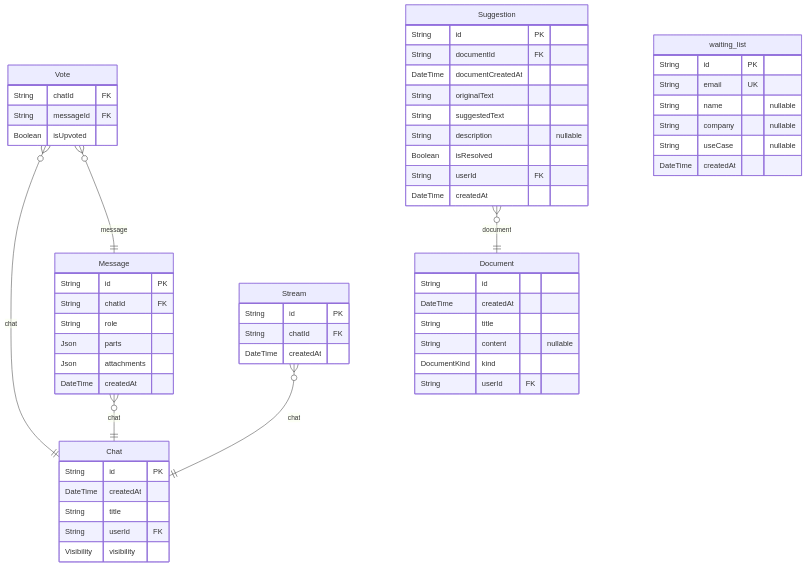
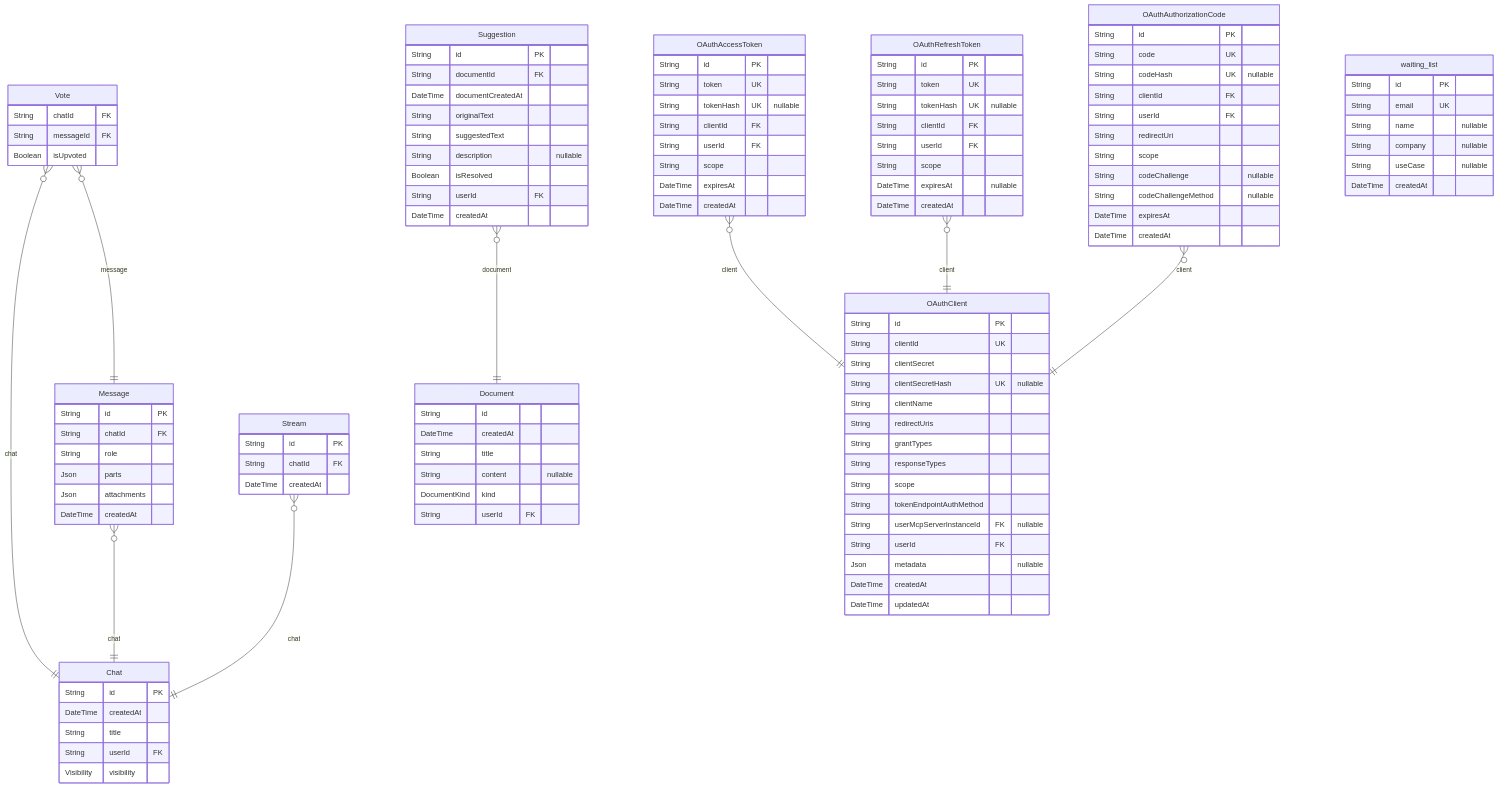
Before and after one commit to rayven122/tumiki: the seventh of 7 diagrams in packages/db/prisma/README.md, drawn with Mermaid. The commit also changed other lines of this file and 9 other files, not shown here.

````diff
--- a/packages/db/prisma/README.md
+++ b/packages/db/prisma/README.md
@@ -878,6 +878,56 @@
   String chatId FK
   DateTime createdAt
 }
+"OAuthClient" {
+  String id PK
+  String clientId UK
+  String clientSecret
+  String clientSecretHash UK "nullable"
+  String clientName
+  String redirectUris
+  String grantTypes
+  String responseTypes
+  String scope
+  String tokenEndpointAuthMethod
+  String userMcpServerInstanceId FK "nullable"
+  String userId FK
+  Json metadata "nullable"
+  DateTime createdAt
+  DateTime updatedAt
+}
+"OAuthAccessToken" {
+  String id PK
+  String token UK
+  String tokenHash UK "nullable"
+  String clientId FK
+  String userId FK
+  String scope
+  DateTime expiresAt
+  DateTime createdAt
+}
+"OAuthRefreshToken" {
+  String id PK
+  String token UK
+  String tokenHash UK "nullable"
+  String clientId FK
+  String userId FK
+  String scope
+  DateTime expiresAt "nullable"
+  DateTime createdAt
+}
+"OAuthAuthorizationCode" {
+  String id PK
+  String code UK
+  String codeHash UK "nullable"
+  String clientId FK
+  String userId FK
+  String redirectUri
+  String scope
+  String codeChallenge "nullable"
+  String codeChallengeMethod "nullable"
+  DateTime expiresAt
+  DateTime createdAt
+}
 "waiting_list" {
   String id PK
   String email UK
@@ -891,4 +941,7 @@
 "Vote" }o--|| "Message" : message
 "Suggestion" }o--|| "Document" : document
 "Stream" }o--|| "Chat" : chat
+"OAuthAccessToken" }o--|| "OAuthClient" : client
+"OAuthRefreshToken" }o--|| "OAuthClient" : client
+"OAuthAuthorizationCode" }o--|| "OAuthClient" : client
 ```
````
